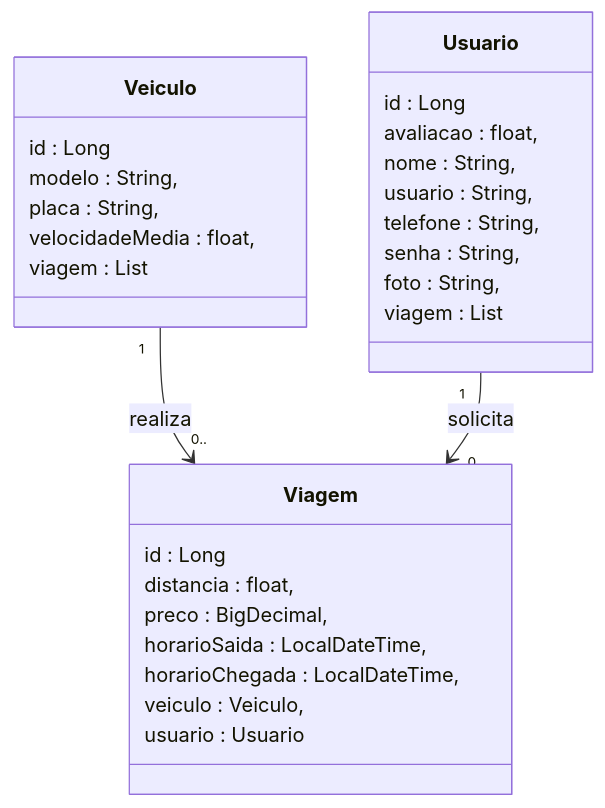
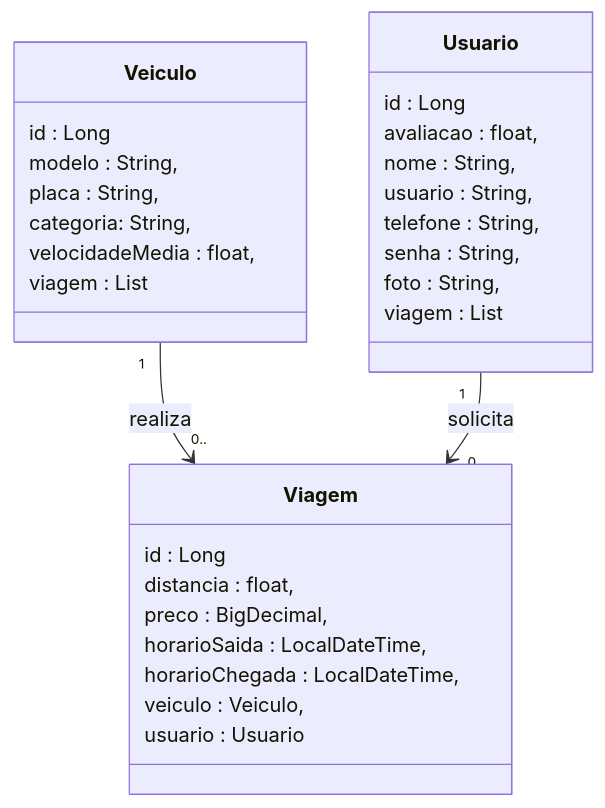
The first of 2 diagrams in README.md (Projetos-Grupo-01/go_lady), drawn with Mermaid before and after one commit. The commit also changed other lines of this file, not shown here.

````diff
--- a/README.md
+++ b/README.md
@@ -72,40 +72,41 @@
 ```mermaid
 classDiagram
 class Viagem {
 
 id : Long
 distancia : float,
 preco : BigDecimal,
 horarioSaida : LocalDateTime,
 horarioChegada : LocalDateTime,
 veiculo : Veiculo,
 usuario : Usuario
 
 }
 
 class Veiculo {
   
 id : Long
 modelo : String,
 placa : String,
+categoria: String,
 velocidadeMedia : float,
 viagem : List<Viagem>
 
 }
 
 class Usuario {
   
 id : Long
 avaliacao : float,
 nome : String,
 usuario : String,
 telefone : String,
 senha : String,
 foto : String,
 viagem : List<Viagem>
 
 }
 Veiculo "1" --> "0.." Viagem : realiza
 Usuario "1" --> "0.." Viagem : solicita
 
 ```
````
